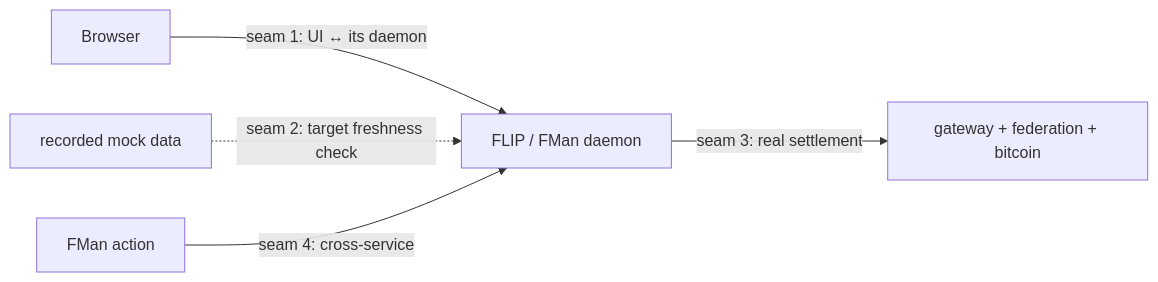
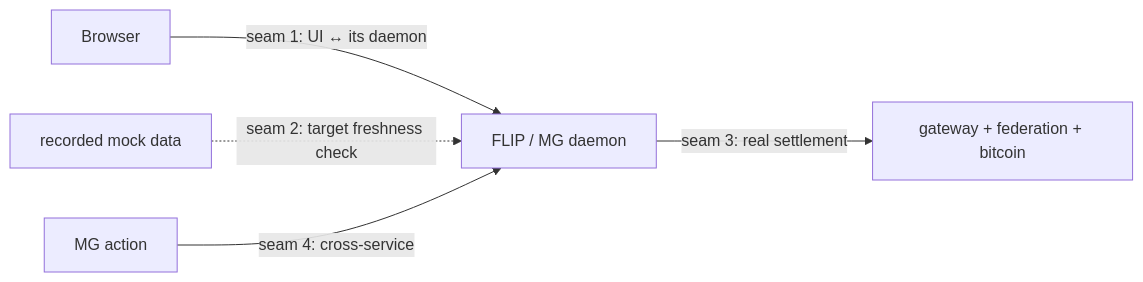
The second of 2 diagrams in operator-ui/docs/e2e-testing-strategy.md (fedibtc/manifold), drawn with Mermaid before and after one commit. The commit also changed other lines of this file and 1416 other files, not shown here.

````diff
--- a/operator-ui/docs/e2e-testing-strategy.md
+++ b/operator-ui/docs/e2e-testing-strategy.md
@@ -113,7 +113,7 @@
 ```mermaid
 flowchart LR
-    B[Browser] -->|seam 1: UI ↔ its daemon| D[FLIP / FMan daemon]
+    B[Browser] -->|seam 1: UI ↔ its daemon| D[FLIP / MG daemon]
     D -->|seam 3: real settlement| X[gateway + federation + bitcoin]
     R[recorded mock data] -.->|seam 2: target freshness check| D
-    FM[FMan action] -->|seam 4: cross-service| D
+    FM[MG action] -->|seam 4: cross-service| D
 ```
````
